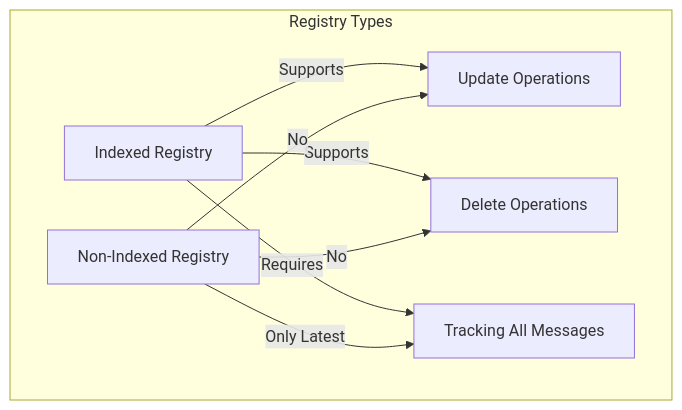
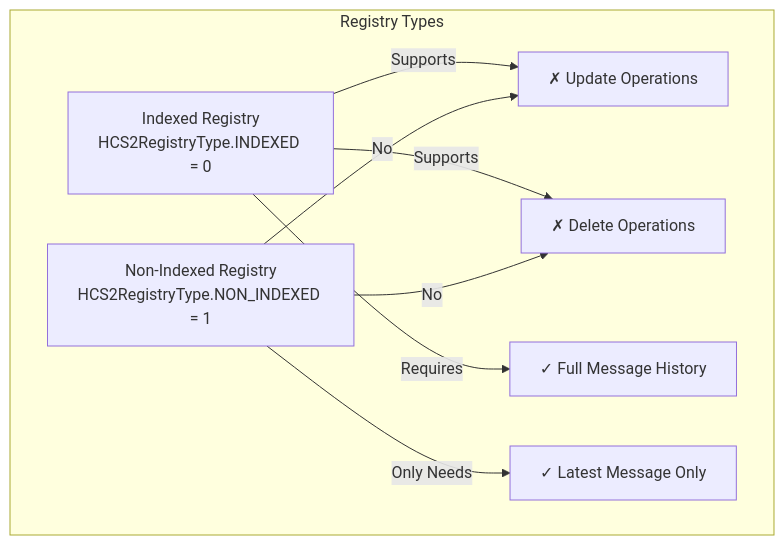
The second of 10 diagrams in docs/libraries/standards-sdk/hcs-2.md (hashgraph-online/hcs-improvement-proposals), drawn with Mermaid before and after one commit. The commit also changed other lines of this file, not shown here.

First line of the commit message:
docs: enhance HCS-2 documentation with detailed registry types and SDK implementation

````diff
--- a/docs/libraries/standards-sdk/hcs-2.md
+++ b/docs/libraries/standards-sdk/hcs-2.md
@@ -41,15 +43,15 @@
 ```mermaid
 graph TB
     subgraph "Registry Types"
-        IndexedRegistry[Indexed Registry]
-        NonIndexedRegistry[Non-Indexed Registry]
+        IndexedRegistry[Indexed Registry<br>HCS2RegistryType.INDEXED = 0]
+        NonIndexedRegistry[Non-Indexed Registry<br>HCS2RegistryType.NON_INDEXED = 1]
         
-        IndexedRegistry -->|Supports| UpdateOps[Update Operations]
-        IndexedRegistry -->|Supports| DeleteOps[Delete Operations]
-        IndexedRegistry -->|Requires| SequenceTracking[Tracking All Messages]
+        IndexedRegistry -->|Supports| UpdateOps["✓ Update Operations"]
+        IndexedRegistry -->|Supports| DeleteOps["✓ Delete Operations"]
+        IndexedRegistry -->|Requires| FullHistory["✓ Full Message History"]
         
-        NonIndexedRegistry -->|No| UpdateOps
-        NonIndexedRegistry -->|No| DeleteOps
-        NonIndexedRegistry -->|Only Latest| SequenceTracking
+        NonIndexedRegistry -->|No| UpdateOps["✗ Update Operations"]
+        NonIndexedRegistry -->|No| DeleteOps["✗ Delete Operations"]
+        NonIndexedRegistry -->|Only Needs| LatestMessage["✓ Latest Message Only"]
     end
 ```
````
